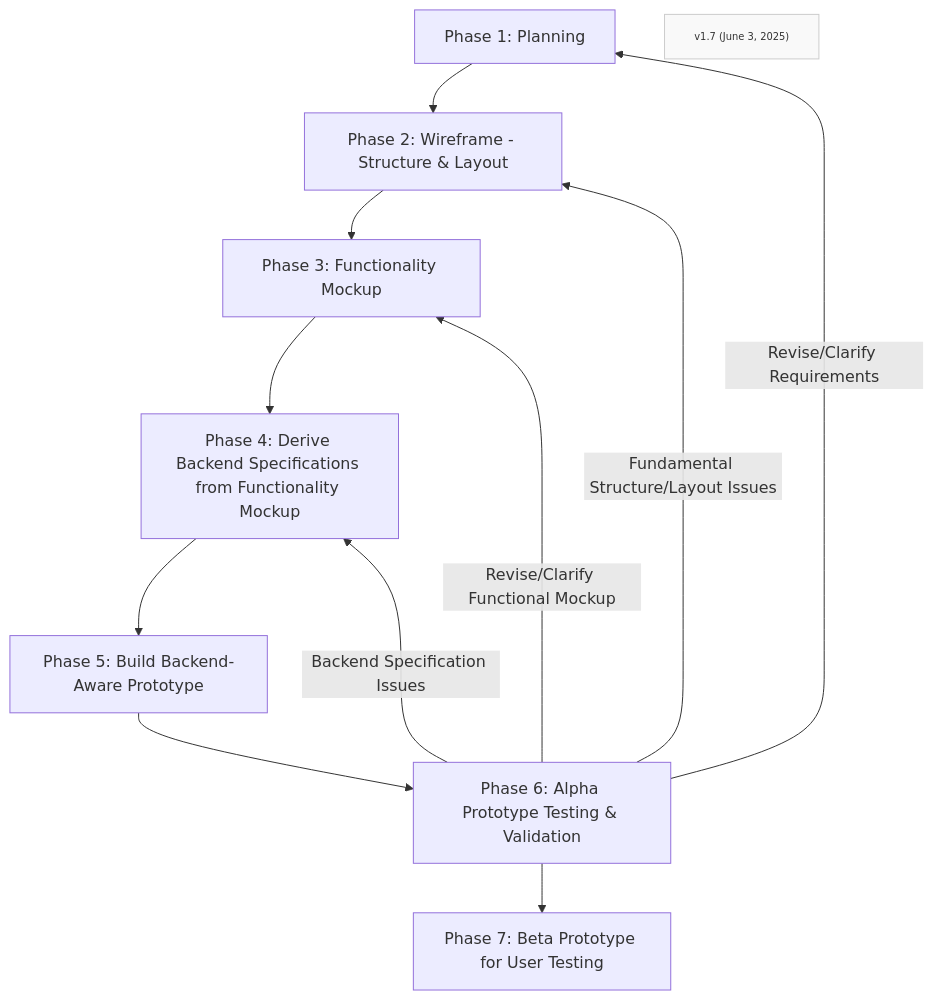
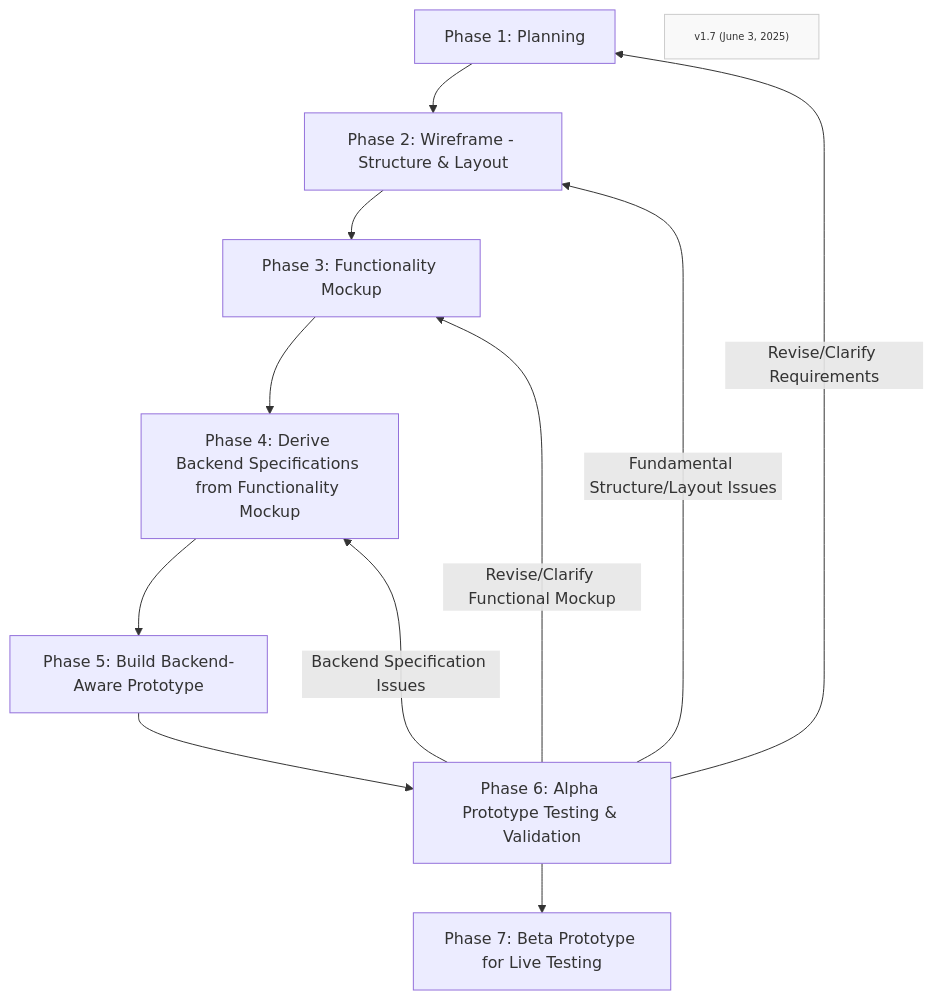
The diagram in Phases/FF-overview.md (Mharbulous/Front-First-Method), drawn with Mermaid before and after one commit.

````diff
--- a/Phases/FF-overview.md
+++ b/Phases/FF-overview.md
@@ -1,20 +1,20 @@
 ```mermaid
 graph TD
     Phase1["Phase 1: Planning"] --> Phase2["Phase 2: Wireframe - Structure & Layout"]
     Phase2 --> Phase3["Phase 3: Functionality Mockup"]
     Phase3 --> Phase4["Phase 4: Derive Backend Specifications from Functionality Mockup"]
     Phase4 --> Phase5["Phase 5: Build Backend-Aware Prototype"]
     Phase5 --> Phase6["Phase 6: Alpha Prototype Testing & Validation"]
-    Phase6 --> Phase7["Phase 7: Beta Prototype for User Testing"]
+    Phase6 --> Phase7["Phase 7: Beta Prototype for Live Testing"]
     
     Phase6 -->|Revise/Clarify Requirements| Phase1
     Phase6 -->|Fundamental Structure/Layout Issues| Phase2
     Phase6 -->|Revise/Clarify Functional Mockup| Phase3
     Phase6 -->|Backend Specification Issues| Phase4    
     
     
 
     VersionInfo["v1.7 (June 3, 2025)"]
     classDef version fill:#f9f9f9,stroke:#ccc,font-size:10px;
     class VersionInfo version
 ```
````
